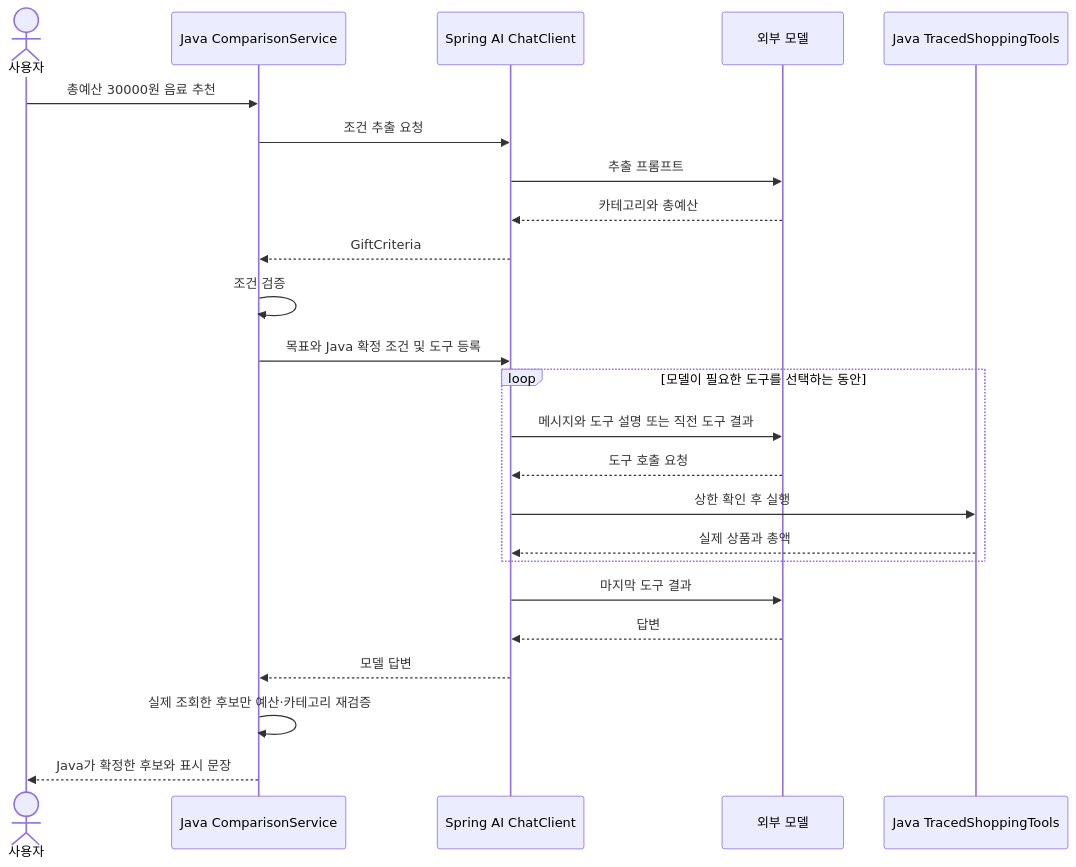
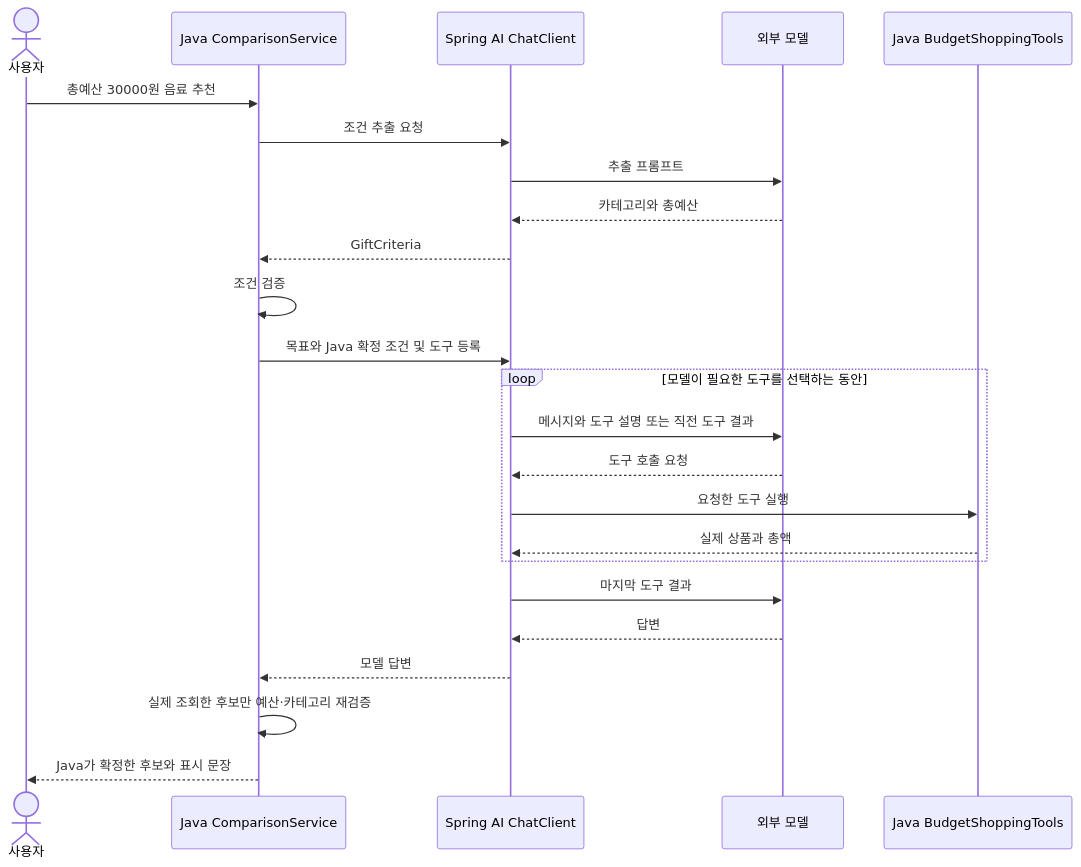
Before and after one commit to Justin-ad-Park/SpringShoppingAI: the diagram in Spring-AI-Agent-Learning/docs/lessons/06-workflow-agent/03-hybrid.md, drawn with Mermaid. The commit also changed other lines of this file and 52 other files, not shown here.

````diff
--- a/Spring-AI-Agent-Learning/docs/lessons/06-workflow-agent/03-hybrid.md
+++ b/Spring-AI-Agent-Learning/docs/lessons/06-workflow-agent/03-hybrid.md
@@ -11,26 +11,26 @@
 ```mermaid
 sequenceDiagram
     actor User as 사용자
     participant App as Java ComparisonService
     participant AI as Spring AI ChatClient
     participant Model as 외부 모델
-    participant Tool as Java TracedShoppingTools
+    participant Tool as Java BudgetShoppingTools
     User->>App: 총예산 30000원 음료 추천
     App->>AI: 조건 추출 요청
     AI->>Model: 추출 프롬프트
     Model-->>AI: 카테고리와 총예산
     AI-->>App: GiftCriteria
     App->>App: 조건 검증
     App->>AI: 목표와 Java 확정 조건 및 도구 등록
     loop 모델이 필요한 도구를 선택하는 동안
         AI->>Model: 메시지와 도구 설명 또는 직전 도구 결과
         Model-->>AI: 도구 호출 요청
-        AI->>Tool: 상한 확인 후 실행
+        AI->>Tool: 요청한 도구 실행
         Tool-->>AI: 실제 상품과 총액
     end
     AI->>Model: 마지막 도구 결과
     Model-->>AI: 답변
     AI-->>App: 모델 답변
     App->>App: 실제 조회한 후보만 예산·카테고리 재검증
     App-->>User: Java가 확정한 후보와 표시 문장
 ```
````
